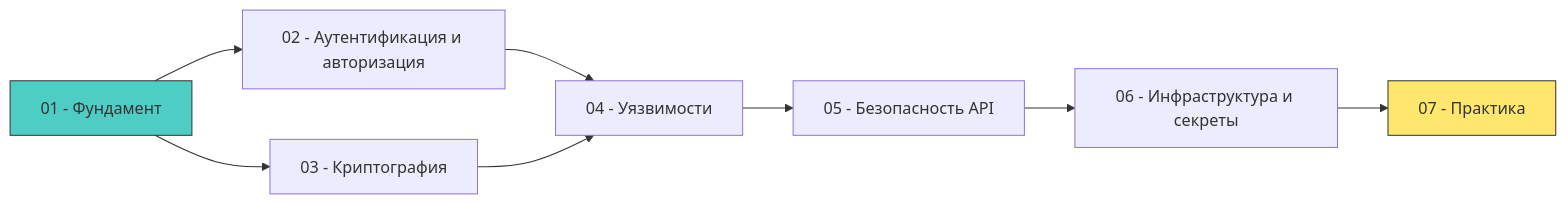
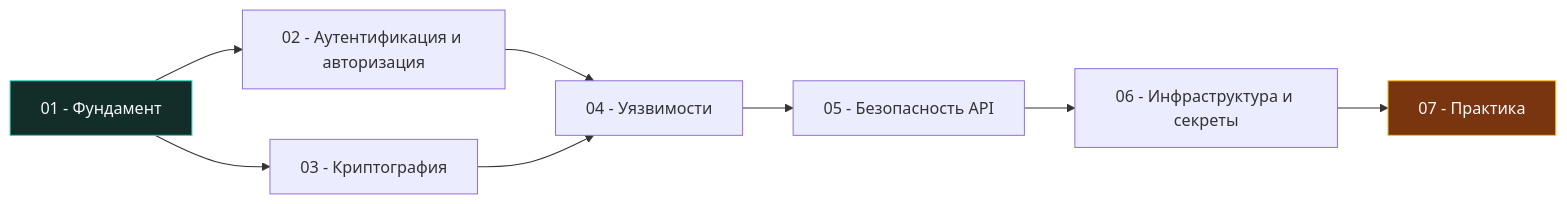
Before and after one commit to UnrealTemplier/go-textbook: the second of 2 diagrams in sources/17. Безопасность (AppSec в Go)/01. Фундамент/1. Обзор раздела. Безопасность как часть архитектуры.md, drawn with Mermaid. The commit also changed other lines of this file and 310 other files, not shown here.

First line of the commit message:
fix(mermaid): replace light fill colors with dark palette for readability on dark theme

````diff
--- a/sources/17. Безопасность (AppSec в Go)/01. Фундамент/1. Обзор раздела. Безопасность как часть архитектуры.md
+++ b/sources/17. Безопасность (AppSec в Go)/01. Фундамент/1. Обзор раздела. Безопасность как часть архитектуры.md
@@ -226,13 +226,13 @@
 ```mermaid
 flowchart LR
     A["01 - Фундамент"] --> B["02 - Аутентификация и авторизация"]
     A --> C["03 - Криптография"]
     B --> D["04 - Уязвимости"]
     C --> D
     D --> E["05 - Безопасность API"]
     E --> F["06 - Инфраструктура и секреты"]
     F --> G["07 - Практика"]
     
-    style A fill:#4ecdc4,stroke:#333
-    style G fill:#ffe66d,stroke:#333
+    style A fill:#132d29,stroke:#2dd4bf,color:#f8fafc
+    style G fill:#78350f,stroke:#fbbf24,color:#f8fafc
 ```
````
